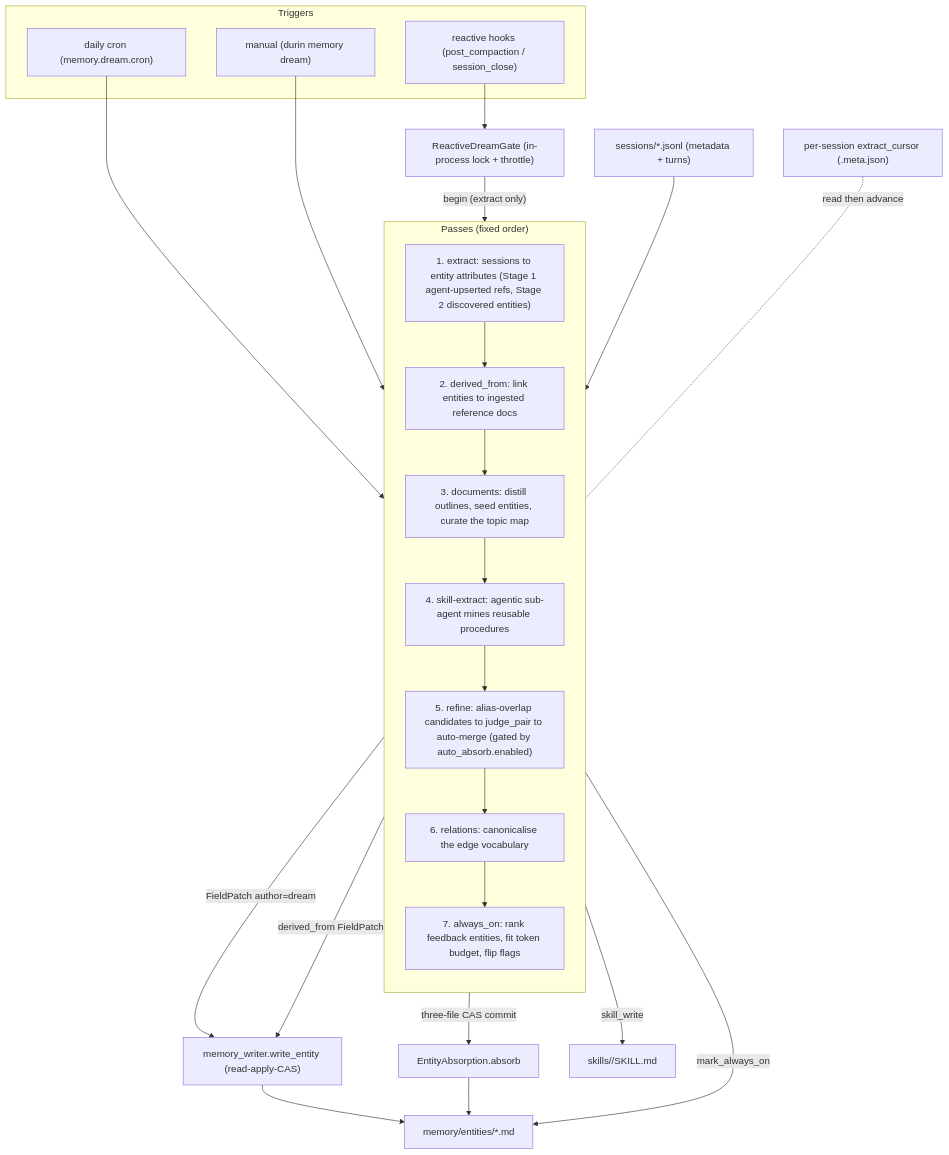
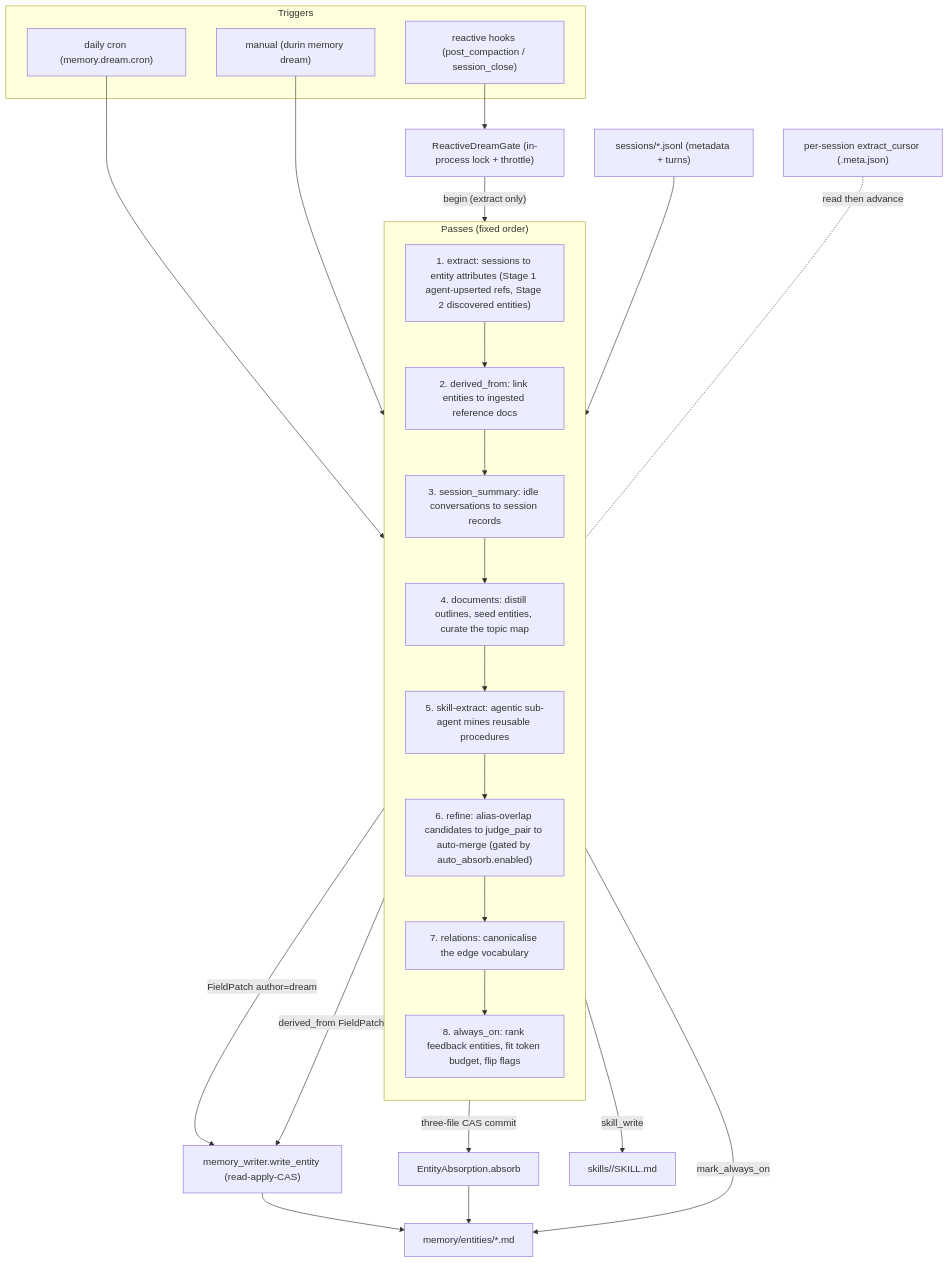
The diagram in docs/internals/memory/05_dream_cold_path.md (mmarmol/durin), drawn with Mermaid before and after one commit. The commit also changed other lines of this file and 29 other files, not shown here.

````diff
--- a/docs/internals/memory/05_dream_cold_path.md
+++ b/docs/internals/memory/05_dream_cold_path.md
@@ -102,38 +103,39 @@
 ```mermaid
 flowchart TD
     subgraph Triggers
         CRON["daily cron (memory.dream.cron)"]
         REACT["reactive hooks (post_compaction / session_close)"]
         MANUAL["manual (durin memory dream)"]
     end
 
     GATE["ReactiveDreamGate (in-process lock + throttle)"]
     REACT --> GATE
 
     subgraph Passes["Passes (fixed order)"]
         direction TB
         EX["1. extract: sessions to entity attributes (Stage 1 agent-upserted refs, Stage 2 discovered entities)"]
         DF["2. derived_from: link entities to ingested reference docs"]
-        DOC["3. documents: distill outlines, seed entities, curate the topic map"]
-        SK["4. skill-extract: agentic sub-agent mines reusable procedures"]
-        RF["5. refine: alias-overlap candidates to judge_pair to auto-merge (gated by auto_absorb.enabled)"]
-        REL["6. relations: canonicalise the edge vocabulary"]
-        AO["7. always_on: rank feedback entities, fit token budget, flip flags"]
-        EX --> DF --> DOC --> SK --> RF --> REL --> AO
+        SS["3. session_summary: idle conversations to session records"]
+        DOC["4. documents: distill outlines, seed entities, curate the topic map"]
+        SK["5. skill-extract: agentic sub-agent mines reusable procedures"]
+        RF["6. refine: alias-overlap candidates to judge_pair to auto-merge (gated by auto_absorb.enabled)"]
+        REL["7. relations: canonicalise the edge vocabulary"]
+        AO["8. always_on: rank feedback entities, fit token budget, flip flags"]
+        EX --> DF --> SS --> DOC --> SK --> RF --> REL --> AO
     end
 
     CRON --> EX
     MANUAL --> EX
     GATE -->|"begin (extract only)"| EX
 
     SESS["sessions/*.jsonl (metadata + turns)"] --> EX
     CURSOR["per-session extract_cursor (.meta.json)"] -. "read then advance" .- EX
 
     EX -->|"FieldPatch author=dream"| WRITER["memory_writer.write_entity (read-apply-CAS)"]
     DF -->|"derived_from FieldPatch"| WRITER
     RF -->|"three-file CAS commit"| ABSORB["EntityAbsorption.absorb"]
     WRITER --> PAGES["memory/entities/*.md"]
     ABSORB --> PAGES
     SK -->|"skill_write"| SKILLS["skills/<name>/SKILL.md"]
     AO -->|"mark_always_on"| PAGES
 ```
````
